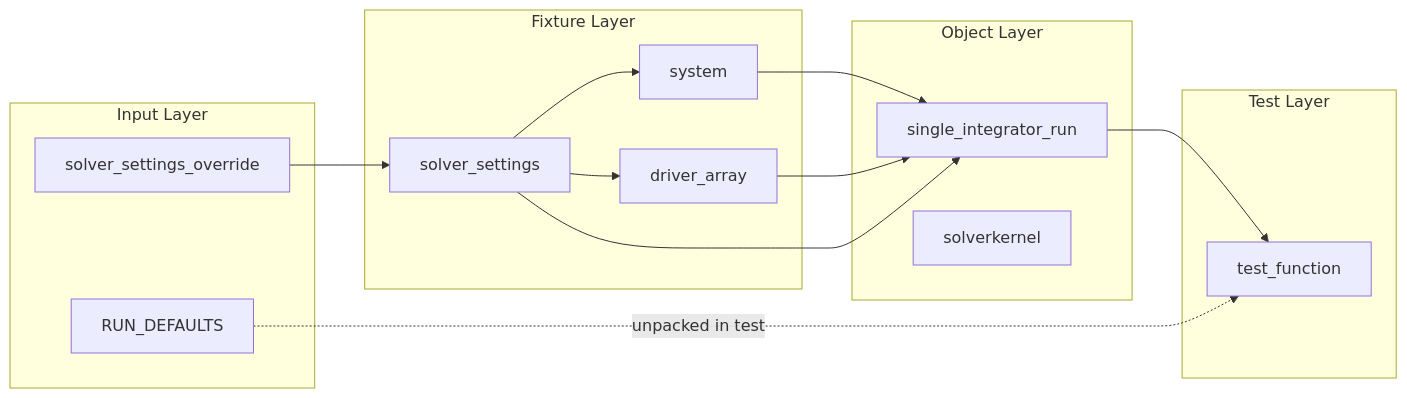
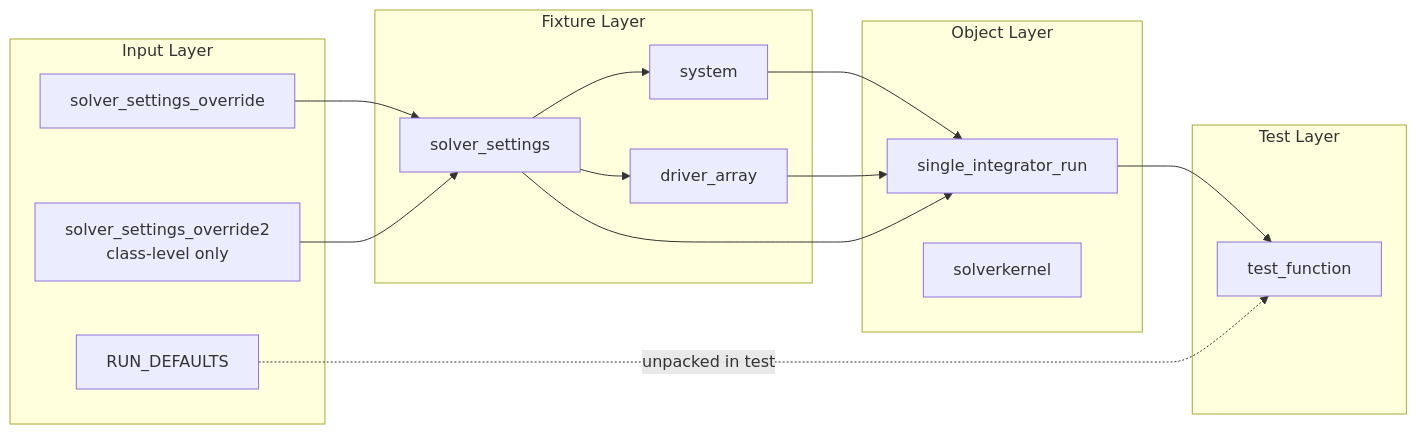
The third of 4 diagrams in .github/active_plans/test_refactor_reduce_sessions/human_overview.md (ccam80/cubie), drawn with Mermaid before and after one commit. The commit also changed other lines of this file and 10 other files, not shown here.

````diff
--- a/.github/active_plans/test_refactor_reduce_sessions/human_overview.md
+++ b/.github/active_plans/test_refactor_reduce_sessions/human_overview.md
@@ -125,31 +131,33 @@
 ```mermaid
 flowchart LR
     subgraph "Input Layer"
         SO[solver_settings_override]
+        SO2[solver_settings_override2<br/>class-level only]
         RD[RUN_DEFAULTS]
     end
     
     subgraph "Fixture Layer"
         SS[solver_settings]
         SYS[system]
         DRV[driver_array]
     end
     
     subgraph "Object Layer"
         SIR[single_integrator_run]
         SK[solverkernel]
     end
     
     subgraph "Test Layer"
         T1[test_function]
     end
     
     SO --> SS
+    SO2 --> SS
     SS --> SYS
     SS --> DRV
     SYS --> SIR
     DRV --> SIR
     SS --> SIR
     SIR --> T1
     RD -.->|unpacked in test| T1
 ```
````
